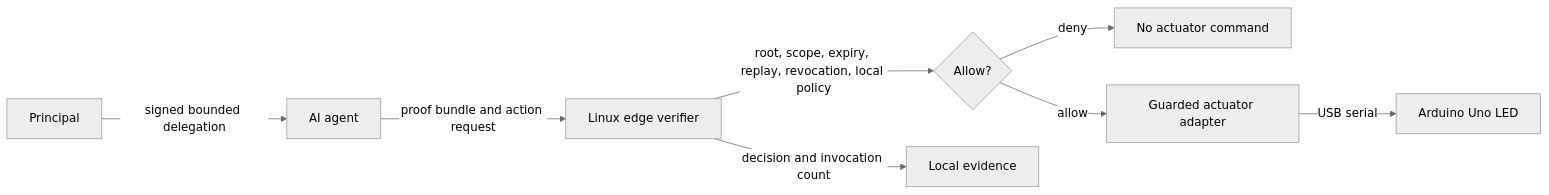
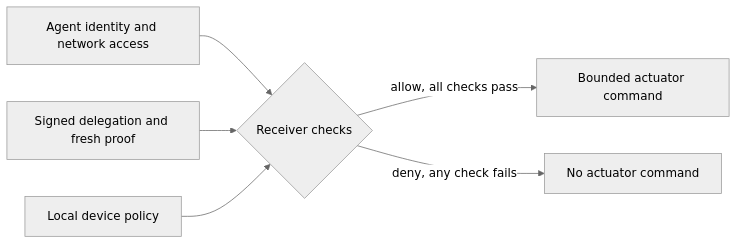
Before and after one commit to identities-ai/ratify-protocol: the first of 2 diagrams in references/physical-ai-edge-sentinel/README.md, drawn with Mermaid (neutral theme). The commit also changed other lines of this file and 2 other files, not shown here.

````diff
--- a/references/physical-ai-edge-sentinel/README.md
+++ b/references/physical-ai-edge-sentinel/README.md
@@ -38,10 +20,8 @@
 ```mermaid
 flowchart LR
-  P[Principal] -->|signed bounded delegation| A[AI agent]
-  A -->|proof bundle and action request| E[Linux edge verifier]
-  E -->|root, scope, expiry, replay, revocation, local policy| D{Allow?}
-  D -->|deny| N[No actuator command]
-  D -->|allow| U[Guarded actuator adapter]
-  U -->|USB serial| R[Arduino Uno LED]
-  E -->|decision and invocation count| L[Local evidence]
+  I[Agent identity and network access] --> C{Receiver checks}
+  D[Signed delegation and fresh proof] --> C
+  P[Local device policy] --> C
+  C -->|allow, all checks pass| A[Bounded actuator command]
+  C -->|deny, any check fails| X[No actuator command]
 ```
````
